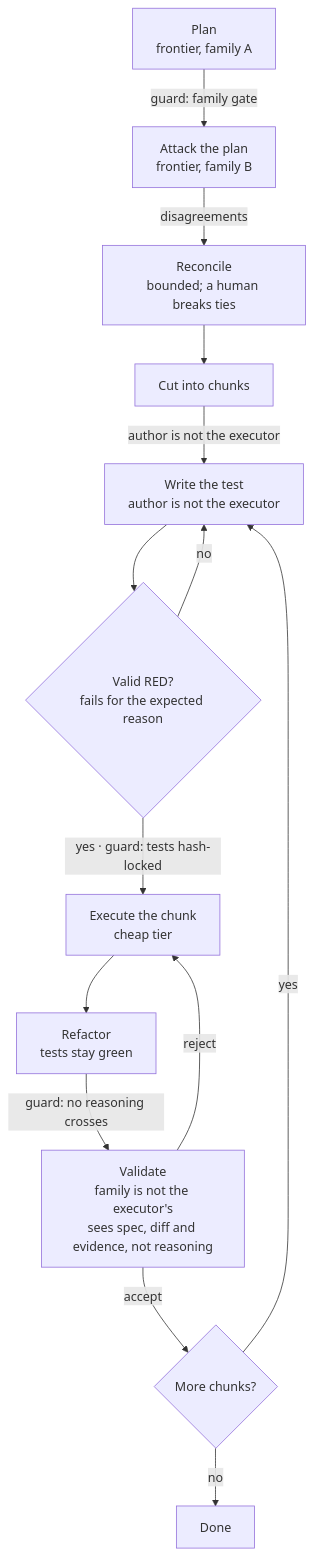
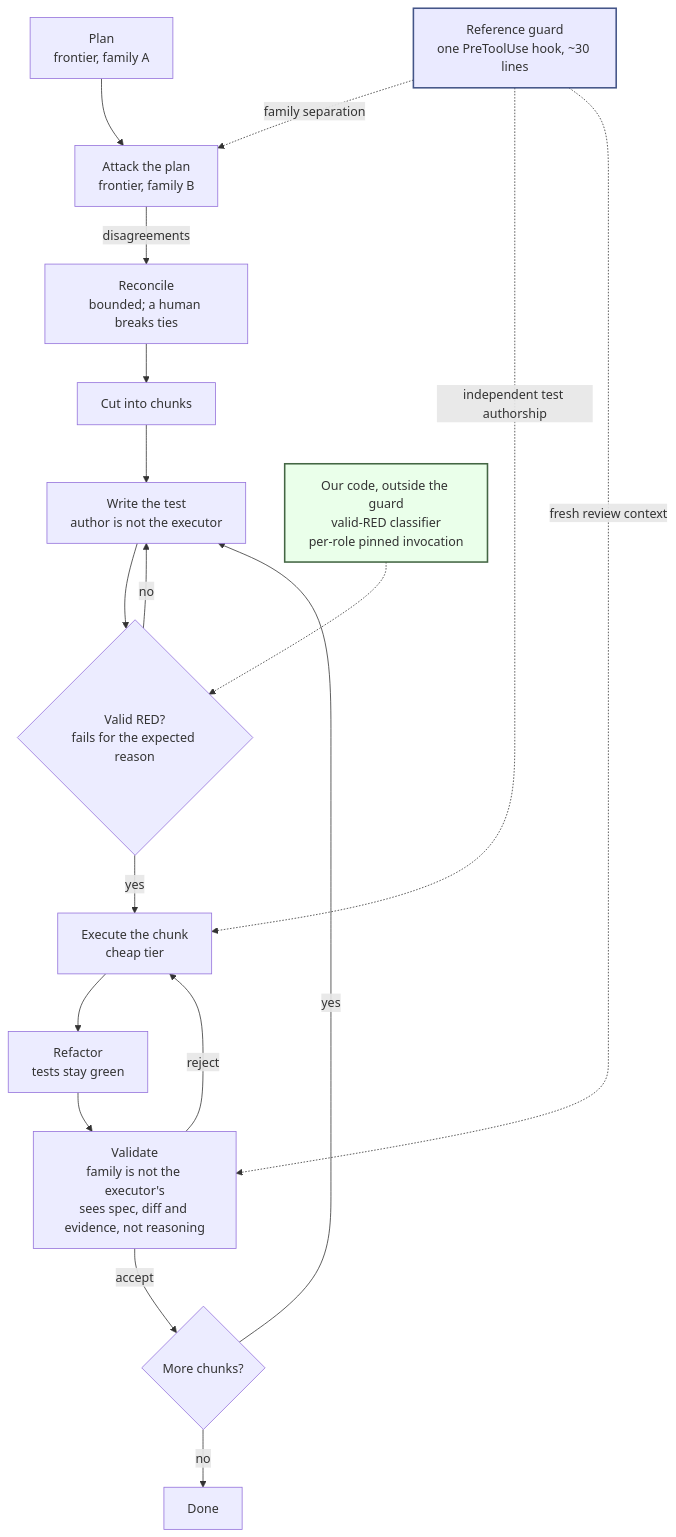
Before and after one commit to Roderick-Clemente/adversarial-sprint: the second of 2 diagrams in droid-wiki/overview/index.md, drawn with Mermaid. The commit also changed other lines of this file and 1 other file, not shown here.

First paragraph of the commit message:
wiki: make the guard diagram show the finding, and define the method first
Two structural fixes to "How it works", plus the audit invariant they forced.

````diff
--- a/droid-wiki/overview/index.md
+++ b/droid-wiki/overview/index.md
@@ -57,16 +64,27 @@
 ```mermaid
 graph TD
-    P["Plan<br/>frontier, family A"] -->|"guard: family gate"| R["Attack the plan<br/>frontier, family B"]
+    P["Plan<br/>frontier, family A"] --> R["Attack the plan<br/>frontier, family B"]
     R -->|disagreements| C["Reconcile<br/>bounded; a human breaks ties"]
     C --> K["Cut into chunks"]
-    K -->|"author is not the executor"| T["Write the test<br/>author is not the executor"]
+    K --> T["Write the test<br/>author is not the executor"]
     T --> RED{"Valid RED?<br/>fails for the expected reason"}
     RED -->|no| T
-    RED -->|"yes · guard: tests hash-locked"| X["Execute the chunk<br/>cheap tier"]
+    RED -->|yes| X["Execute the chunk<br/>cheap tier"]
     X --> F["Refactor<br/>tests stay green"]
-    F -->|"guard: no reasoning crosses"| V["Validate<br/>family is not the executor's<br/>sees spec, diff and evidence, not reasoning"]
+    F --> V["Validate<br/>family is not the executor's<br/>sees spec, diff and evidence, not reasoning"]
     V -->|reject| X
     V -->|accept| N{"More chunks?"}
     N -->|yes| T
     N -->|no| D["Done"]
+
+    GUARD["Reference guard<br/>one PreToolUse hook, ~30 lines"]
+    GUARD -.->|"family separation"| R
+    GUARD -.->|"independent test authorship"| X
+    GUARD -.->|"fresh review context"| V
+
+    OURS["Our code, outside the guard<br/>valid-RED classifier<br/>per-role pinned invocation"]
+    OURS -.-> RED
+
+    style GUARD fill:#eaeaff,stroke:#445588,stroke-width:2px
+    style OURS fill:#eaffea,stroke:#446644,stroke-width:2px
 ```
````
